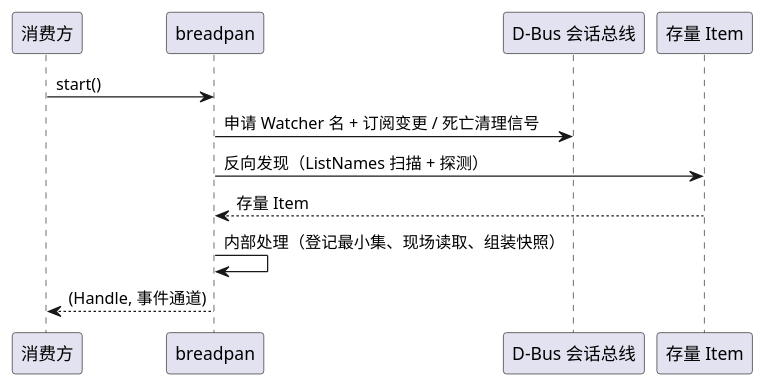
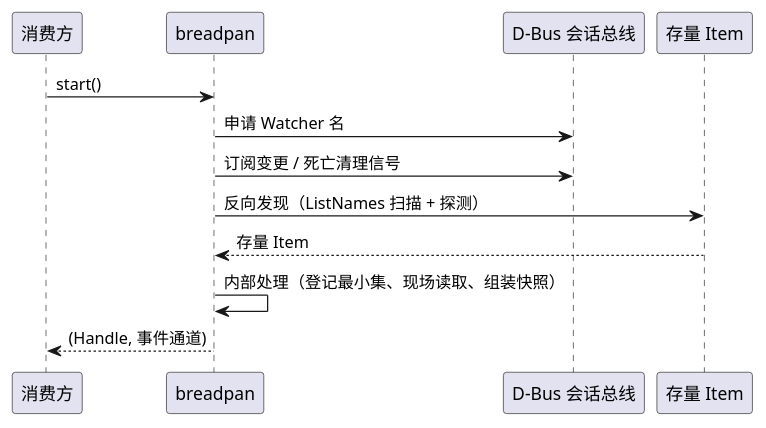
One commit to 54m43lJ/BreadKnife changed the diagram in breadpan/diagram/breadpan-startup.puml. Above: the diagram before and after it, drawn with PlantUML. The commit also changed 18 other files, not shown here.

```diff
--- a/breadpan/diagram/breadpan-startup.puml
+++ b/breadpan/diagram/breadpan-startup.puml
@@ -1,13 +1,14 @@
 @startuml breadpan-startup
 participant 消费方
 participant breadpan
 participant "D-Bus 会话总线" as bus
 participant "存量 Item" as item
 
 消费方 -> breadpan: start()
-breadpan -> bus: 申请 Watcher 名 + 订阅变更 / 死亡清理信号
+breadpan -> bus: 申请 Watcher 名
+breadpan -> bus: 订阅变更 / 死亡清理信号
 breadpan -> item: 反向发现（ListNames 扫描 + 探测）
 item --> breadpan: 存量 Item
 breadpan -> breadpan: 内部处理（登记最小集、现场读取、组装快照）
 breadpan --> 消费方: (Handle, 事件通道)
 @enduml
```
